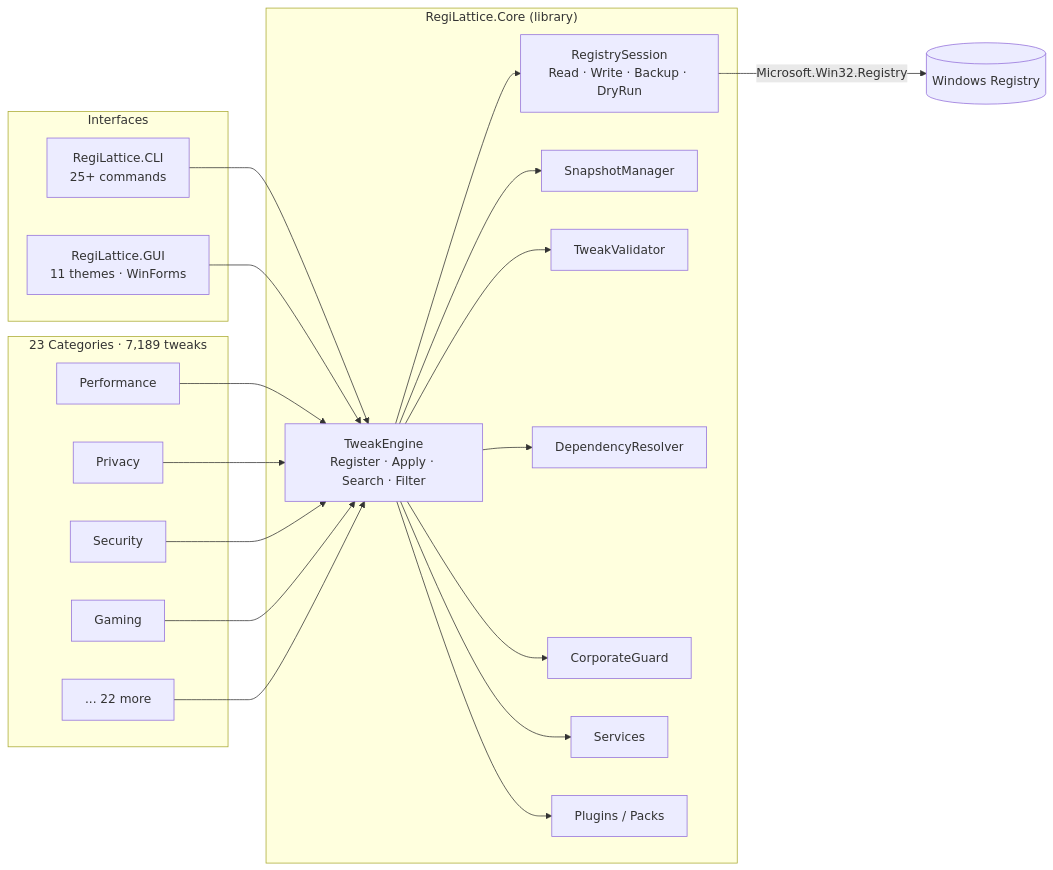
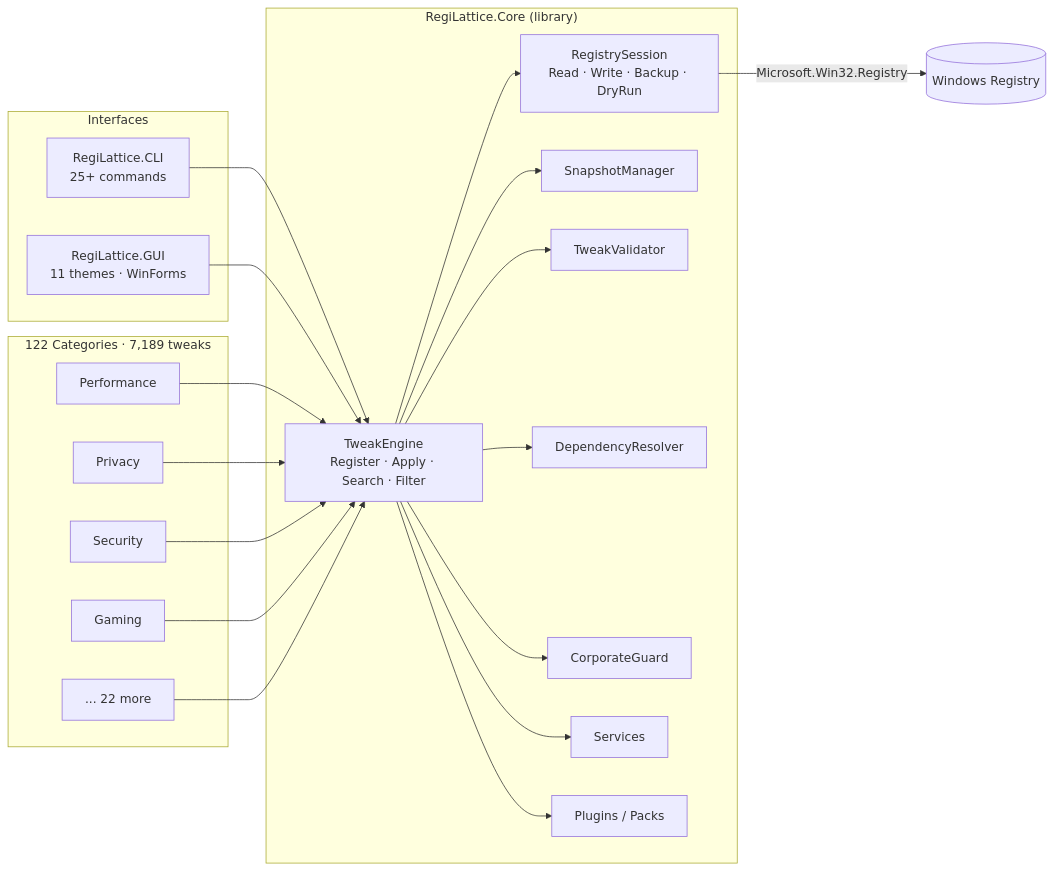
Before and after one commit to RajwanYair/RegiLattice: the first of 2 diagrams in README.md, drawn with Mermaid. The commit also changed other lines of this file and 37 other files, not shown here.

First line of the commit message:
refactor(tweaks): split 23 categories into 122 subcategories (max 77 tweaks each)

````diff
--- a/README.md
+++ b/README.md
@@ -88,38 +88,38 @@
 ```mermaid
 graph LR
     subgraph Interfaces
         CLI[RegiLattice.CLI<br/>25+ commands]
         GUI[RegiLattice.GUI<br/>11 themes · WinForms]
     end
 
     subgraph Core["RegiLattice.Core (library)"]
         TE[TweakEngine<br/>Register · Apply · Search · Filter]
         RS[RegistrySession<br/>Read · Write · Backup · DryRun]
         SM[SnapshotManager]
         TV[TweakValidator]
         DR[DependencyResolver]
         CG[CorporateGuard]
         SV[Services]
         PM[Plugins / Packs]
     end
 
-    subgraph Tweaks["23 Categories · 7,189 tweaks"]
+    subgraph Tweaks["122 Categories · 7,189 tweaks"]
         T1[Performance]
         T2[Privacy]
         T3[Security]
         T4[Gaming]
         TN[... 22 more]
     end
 
     CLI --> TE
     GUI --> TE
     TE --> RS
     TE --> SM
     TE --> TV
     TE --> DR
     TE --> CG
     TE --> SV
     TE --> PM
     T1 & T2 & T3 & T4 & TN --> TE
     RS -->|Microsoft.Win32.Registry| WR[(Windows Registry)]
 ```
````
